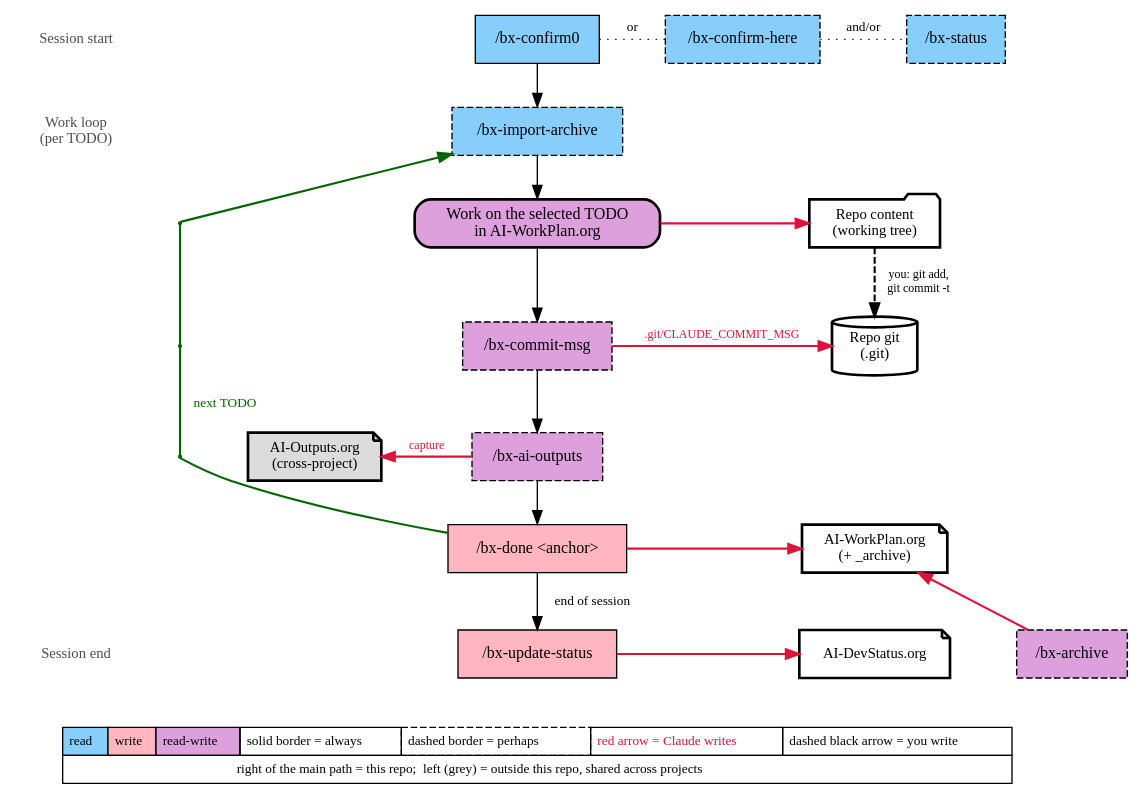
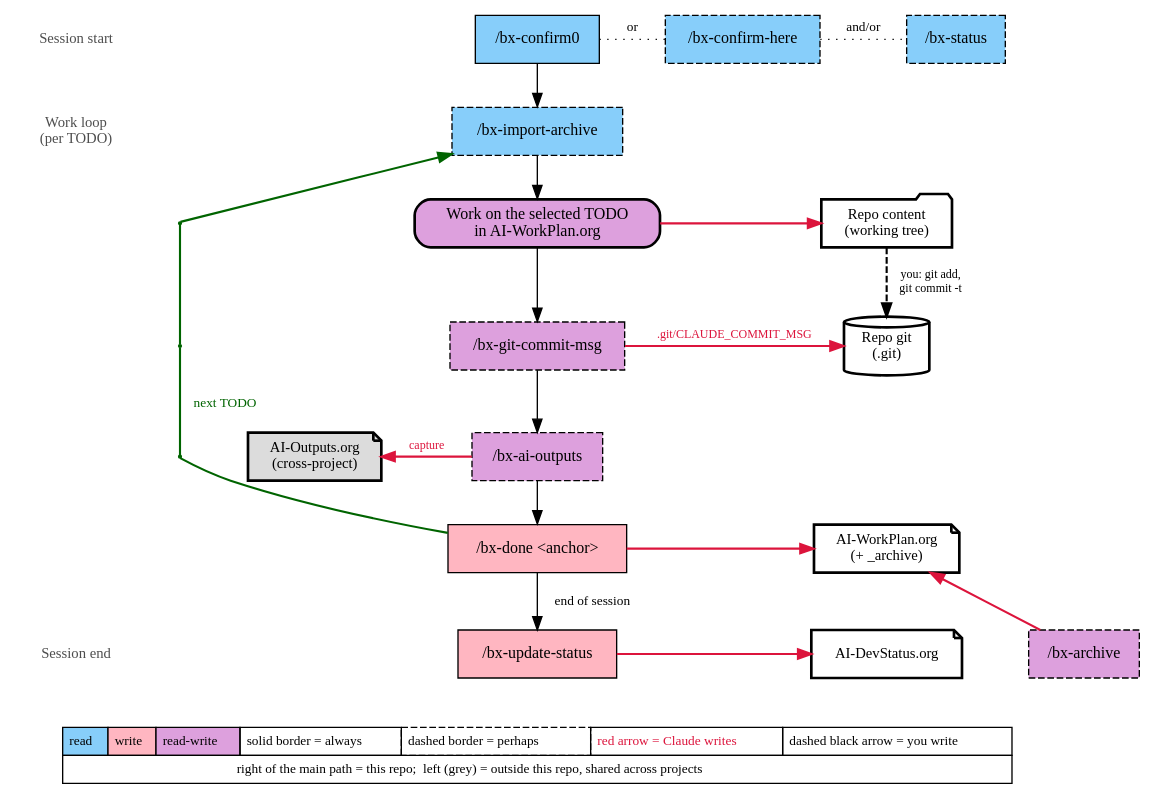
Before and after one commit to bisos/defaults: the diagram in ai-templates/_nonTemplate_/images/aiUsageWorkflow.gv, drawn with Graphviz. The commit also changed 12 other files, not shown here.

First line of the commit message:
Workflow figures re-rendered to show /bx-git-commit-msg and /bx-git-uncommitted-list, and a push script beside them is the reminder that bisos.aiActivity's README copies must follow each re-render.

```diff
--- a/ai-templates/_nonTemplate_/images/aiUsageWorkflow.gv
+++ b/ai-templates/_nonTemplate_/images/aiUsageWorkflow.gv
@@ -1,101 +1,101 @@
 digraph {
 	nodesep=0.35 rankdir=TB ranksep=0.45
 	node [fontsize=12]
 	lyr_start [label="Session start" fontcolor=gray30 fontsize=11 shape=plaintext]
 	lyr_loop1 [label="Work loop
 (per TODO)" fontcolor=gray30 fontsize=11 shape=plaintext]
 	lyr_loop2 [label="" fontcolor=gray30 fontsize=11 shape=plaintext]
 	lyr_loop3 [label="" fontcolor=gray30 fontsize=11 shape=plaintext]
 	lyr_loop4 [label="" fontcolor=gray30 fontsize=11 shape=plaintext]
 	lyr_loop5 [label="" fontcolor=gray30 fontsize=11 shape=plaintext]
 	lyr_end [label="Session end" fontcolor=gray30 fontsize=11 shape=plaintext]
 	lyr_start -> lyr_loop1 [style=invis]
 	lyr_loop1 -> lyr_loop2 [style=invis]
 	lyr_loop2 -> lyr_loop3 [style=invis]
 	lyr_loop3 -> lyr_loop4 [style=invis]
 	lyr_loop4 -> lyr_loop5 [style=invis]
 	lyr_loop5 -> lyr_end [style=invis]
 	{
 		rank=same
 		lyr_start
 		confirm0 [label="/bx-confirm0" fillcolor=lightskyblue group=spine shape=rectangle style=filled]
 		confirmHere [label="/bx-confirm-here" fillcolor=lightskyblue shape=rectangle style="filled,dashed"]
 		status [label="/bx-status" fillcolor=lightskyblue shape=rectangle style="filled,dashed"]
 	}
 	{
 		rank=same
 		lyr_loop1
 		importArchive [label="/bx-import-archive" fillcolor=lightskyblue group=spine shape=rectangle style="filled,dashed"]
 	}
 	{
 		rank=same
 		lyr_loop2
 		loopVia2 [label="" color=darkgreen group=loop shape=point width=0.03]
 		work [label="Work on the selected TODO
 in AI-WorkPlan.org" fillcolor=plum group=spine shape=rectangle style="filled,rounded,bold"]
 		subjContent [label="Repo content
 (working tree)" fillcolor=white fontsize=11 group=subjects shape=folder style="filled,bold"]
 	}
 	{
 		rank=same
 		lyr_loop3
 		loopVia3 [label="" color=darkgreen group=loop shape=point width=0.03]
-		commitMsg [label="/bx-commit-msg" fillcolor=plum group=spine shape=rectangle style="filled,dashed"]
+		commitMsg [label="/bx-git-commit-msg" fillcolor=plum group=spine shape=rectangle style="filled,dashed"]
 		subjGit [label="Repo git
 (.git)" fillcolor=white fontsize=11 group=subjects shape=cylinder style="filled,bold"]
 	}
 	{
 		rank=same
 		lyr_loop4
 		loopVia4 [label="" color=darkgreen group=loop shape=point width=0.03]
 		subjOutputs [label="AI-Outputs.org
 (cross-project)" fillcolor=gainsboro fontsize=11 shape=note style="filled,bold"]
 		aiOutputs [label="/bx-ai-outputs" fillcolor=plum group=spine shape=rectangle style="filled,dashed"]
 	}
 	{
 		rank=same
 		lyr_loop5
 		done [label="/bx-done <anchor>" fillcolor=lightpink group=spine shape=rectangle style=filled]
 		subjWorkPlan [label="AI-WorkPlan.org
 (+ _archive)" fillcolor=white fontsize=11 group=subjects shape=note style="filled,bold"]
 	}
 	{
 		rank=same
 		lyr_end
 		updateStatus [label="/bx-update-status" fillcolor=lightpink group=spine shape=rectangle style=filled]
 		archive [label="/bx-archive" fillcolor=plum shape=rectangle style="filled,dashed"]
 		subjDevStatus [label="AI-DevStatus.org" fillcolor=white fontsize=11 group=subjects shape=note style="filled,bold"]
 	}
 	subjContent -> subjGit [label=" you: git add, 
  git commit -t " arrowhead=normal color=black fontsize=9 penwidth=1.6 style=dashed]
 	subjGit -> subjWorkPlan [style=invis]
 	subjWorkPlan -> subjDevStatus [style=invis]
 	work -> subjContent [arrowhead=normal color=crimson penwidth=1.6]
 	commitMsg -> subjGit [label=" .git/CLAUDE_COMMIT_MSG " arrowhead=normal color=crimson fontcolor=crimson fontsize=9 penwidth=1.6]
 	lyr_loop2 -> loopVia2 [style=invis]
 	loopVia2 -> work [style=invis]
 	lyr_loop3 -> loopVia3 [style=invis]
 	loopVia3 -> commitMsg [style=invis]
 	lyr_loop4 -> loopVia4 [style=invis]
 	loopVia4 -> subjOutputs [style=invis]
 	subjOutputs -> aiOutputs [style=invis]
 	subjDevStatus -> archive [style=invis]
 	aiOutputs -> subjOutputs [label=" capture " arrowhead=normal color=crimson constraint=false fontcolor=crimson fontsize=9 penwidth=1.6]
 	done -> subjWorkPlan [arrowhead=normal color=crimson penwidth=1.6]
 	archive -> subjWorkPlan [arrowhead=normal color=crimson constraint=false penwidth=1.6]
 	updateStatus -> subjDevStatus [arrowhead=normal color=crimson penwidth=1.6]
 	confirm0 -> importArchive
 	importArchive -> work
 	work -> commitMsg
 	commitMsg -> aiOutputs
 	aiOutputs -> done
 	done -> updateStatus [label="  end of session  " fontsize=10]
 	importArchive -> loopVia2 [color=darkgreen dir=back penwidth=1.6]
 	loopVia2 -> loopVia3 [color=darkgreen dir=none penwidth=1.6]
 	loopVia3 -> loopVia4 [label="  next TODO  " color=darkgreen dir=none fontcolor=darkgreen fontsize=10 penwidth=1.6]
 	loopVia4 -> done [color=darkgreen dir=none penwidth=1.6]
 	confirm0 -> confirmHere [label=" or " arrowhead=none fontsize=10 style=dotted]
 	confirmHere -> status [label=" and/or " arrowhead=none fontsize=10 style=dotted]
 	legend [label=<<TABLE BORDER="0" CELLBORDER="1" CELLSPACING="0" CELLPADDING="4"><TR><TD BGCOLOR="lightskyblue">read</TD><TD BGCOLOR="lightpink">write</TD><TD BGCOLOR="plum">read-write</TD><TD>solid border = always</TD><TD STYLE="dashed">dashed border = perhaps</TD><TD><FONT COLOR="crimson">red arrow = Claude writes</FONT></TD><TD>dashed black arrow = you write</TD></TR><TR><TD COLSPAN="7">right of the main path = this repo;  left (grey) = outside this repo, shared across projects</TD></TR></TABLE>> fontsize=10 shape=plaintext]
 	updateStatus -> legend [style=invis]
 }
```
